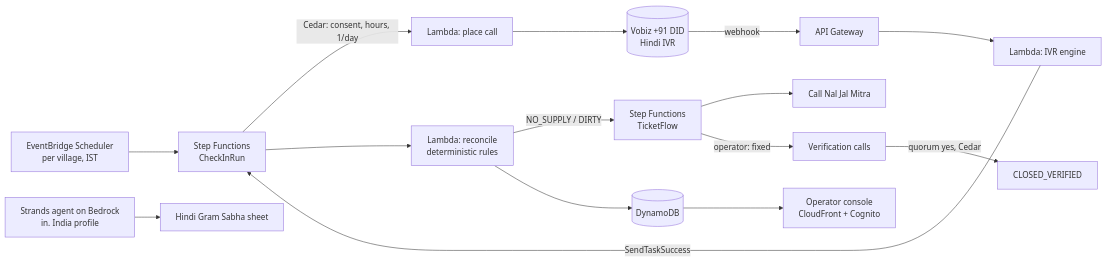
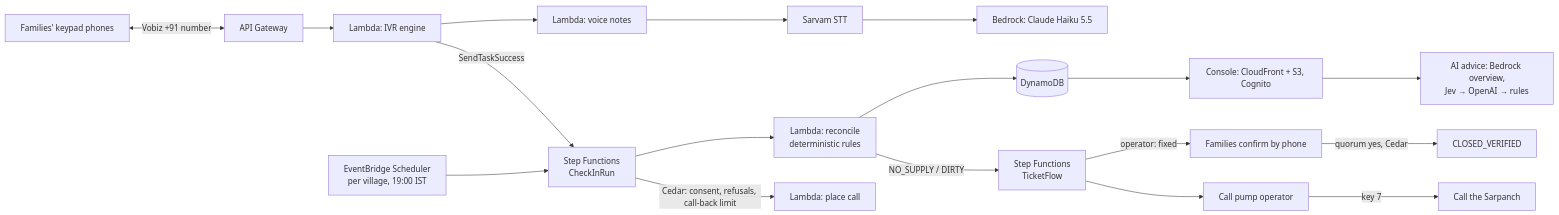
The diagram in README.md (Galabavamsi/jalsakshi), drawn with Mermaid before and after one commit. The commit also changed other lines of this file and 6 other files, not shown here.

````diff
--- a/README.md
+++ b/README.md
@@ -34,16 +37,17 @@
 ```mermaid
 flowchart LR
-  S[EventBridge Scheduler<br/>per village, IST] --> C[Step Functions<br/>CheckInRun]
-  C -->|Cedar: consent, hours, 1/day| P[Lambda: place call]
-  P --> V[(Vobiz +91 DID<br/>Hindi IVR)]
-  V -->|webhook| G[API Gateway] --> I[Lambda: IVR engine]
+  F[Families' keypad phones] <-->|Vobiz +91 number| G[API Gateway] --> I[Lambda: IVR engine]
+  S[EventBridge Scheduler<br/>per village, 19:00 IST] --> C[Step Functions<br/>CheckInRun]
+  C -->|Cedar: consent, refusals, call-back limit| P[Lambda: place call]
   I -->|SendTaskSuccess| C
   C --> R[Lambda: reconcile<br/>deterministic rules]
   R -->|NO_SUPPLY / DIRTY| T[Step Functions<br/>TicketFlow]
-  T --> O[Call Nal Jal Mitra]
-  T -->|operator: fixed| VF[Verification calls]
+  T --> O[Call pump operator]
+  O -->|key 7| SP[Call the Sarpanch]
+  T -->|operator: fixed| VF[Families confirm by phone]
   VF -->|quorum yes, Cedar| CV[CLOSED_VERIFIED]
+  I --> N[Lambda: voice notes] --> STT[Sarvam STT] --> B[Bedrock: Claude Haiku 5.5]
   R --> D[(DynamoDB)]
-  B[Strands agent on Bedrock<br/>in. India profile] --> E[Hindi Gram Sabha sheet]
-  D --> W[Operator console<br/>CloudFront + Cognito]
+  D --> W[Console: CloudFront + S3, Cognito]
+  W --> A[AI advice: Bedrock overview,<br/>Jev → OpenAI → rules]
 ```
````
